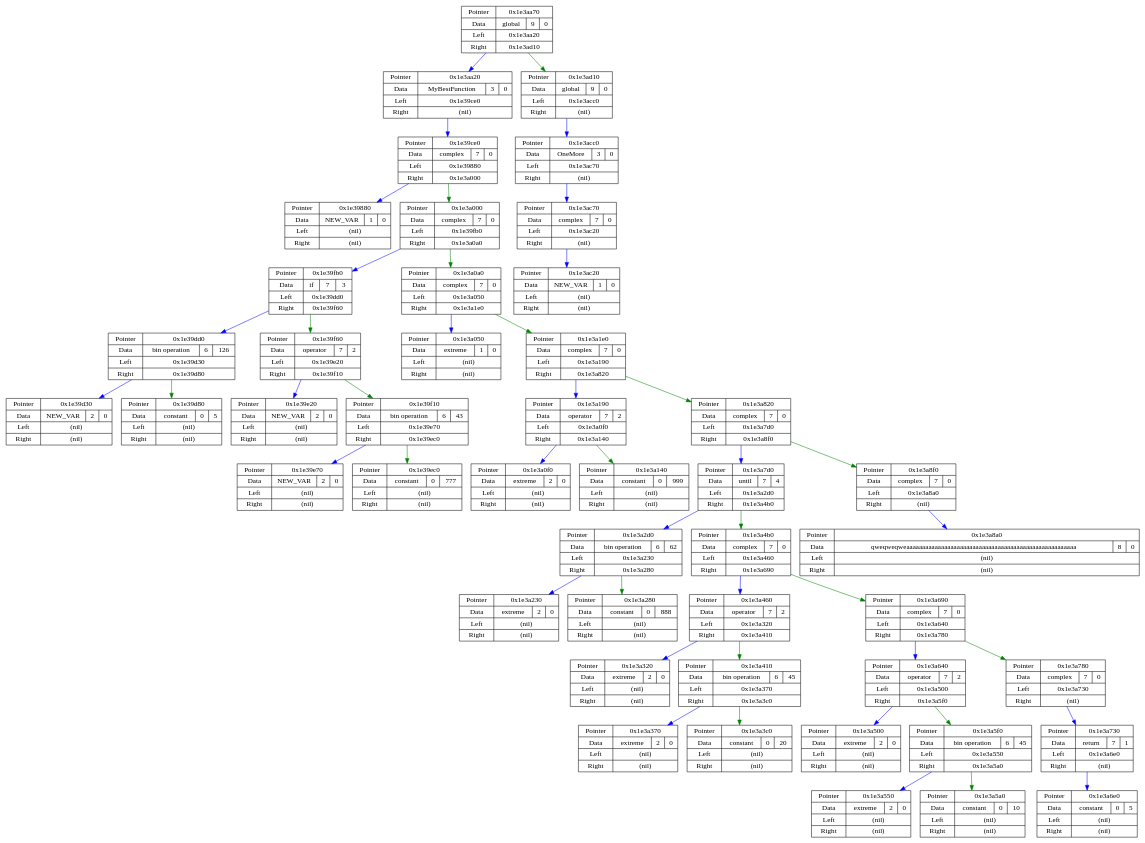
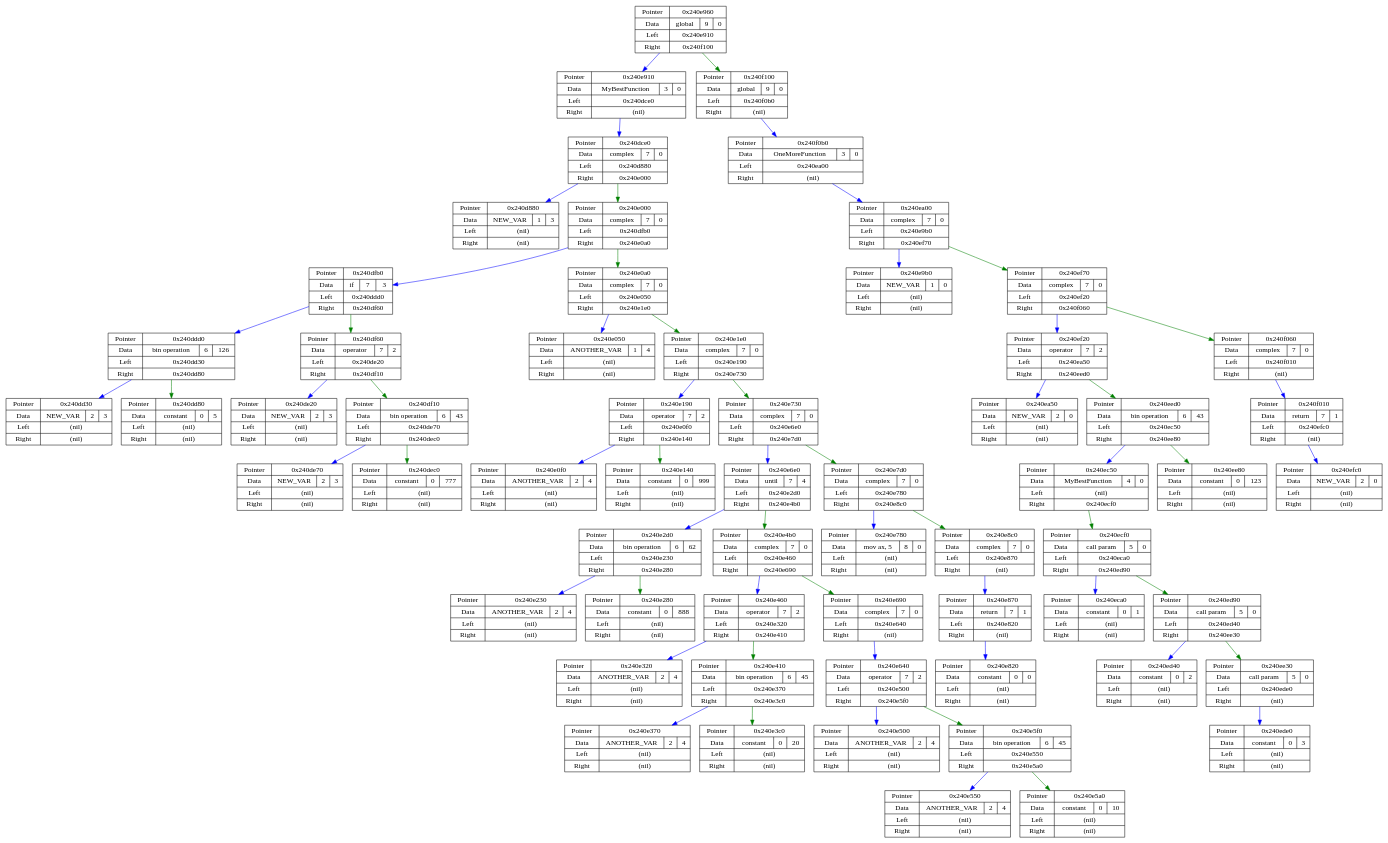
Before and after one commit to E3798211/JIT: the diagram in Junk/dotdata.dot, drawn with Graphviz. The commit also changed 3 other files, not shown here.

```diff
--- a/Junk/dotdata.dot
+++ b/Junk/dotdata.dot
@@ -1,94 +1,124 @@
 digraph G {
 node[shape = record];
-31697520  [label = "{ Pointer | Data | Left | Right }  | { 0x1e3aa70 | { global | 9 | 0 } | 0x1e3aa20 | 0x1e3ad10 }"];
-31697440  [label = "{ Pointer | Data | Left | Right }  | { 0x1e3aa20 | { MyBestFunction | 3 | 0 } | 0x1e39ce0 | (nil) }"];
-31694048  [label = "{ Pointer | Data | Left | Right }  | { 0x1e39ce0 | { complex | 7 | 0 } | 0x1e39880 | 0x1e3a000 }"];
-31692928  [label = "{ Pointer | Data | Left | Right }  | { 0x1e39880 | { NEW_VAR | 1 | 0 } | (nil) | (nil) }"];
-31694848  [label = "{ Pointer | Data | Left | Right }  | { 0x1e3a000 | { complex | 7 | 0 } | 0x1e39fb0 | 0x1e3a0a0 }"];
-31694768  [label = "{ Pointer | Data | Left | Right }  | { 0x1e39fb0 | { if | 7 | 3 } | 0x1e39dd0 | 0x1e39f60 }"];
-31694288  [label = "{ Pointer | Data | Left | Right }  | { 0x1e39dd0 | { bin operation | 6 | 126 } | 0x1e39d30 | 0x1e39d80 }"];
-31694128  [label = "{ Pointer | Data | Left | Right }  | { 0x1e39d30 | { NEW_VAR | 2 | 0 } | (nil) | (nil) }"];
-31694208  [label = "{ Pointer | Data | Left | Right }  | { 0x1e39d80 | { constant | 0 | 5 } | (nil) | (nil) }"];
-31694688  [label = "{ Pointer | Data | Left | Right }  | { 0x1e39f60 | { operator | 7 | 2 } | 0x1e39e20 | 0x1e39f10 }"];
-31694368  [label = "{ Pointer | Data | Left | Right }  | { 0x1e39e20 | { NEW_VAR | 2 | 0 } | (nil) | (nil) }"];
-31694608  [label = "{ Pointer | Data | Left | Right }  | { 0x1e39f10 | { bin operation | 6 | 43 } | 0x1e39e70 | 0x1e39ec0 }"];
-31694448  [label = "{ Pointer | Data | Left | Right }  | { 0x1e39e70 | { NEW_VAR | 2 | 0 } | (nil) | (nil) }"];
-31694528  [label = "{ Pointer | Data | Left | Right }  | { 0x1e39ec0 | { constant | 0 | 777 } | (nil) | (nil) }"];
-31695008  [label = "{ Pointer | Data | Left | Right }  | { 0x1e3a0a0 | { complex | 7 | 0 } | 0x1e3a050 | 0x1e3a1e0 }"];
-31694928  [label = "{ Pointer | Data | Left | Right }  | { 0x1e3a050 | { extreme | 1 | 0 } | (nil) | (nil) }"];
-31695328  [label = "{ Pointer | Data | Left | Right }  | { 0x1e3a1e0 | { complex | 7 | 0 } | 0x1e3a190 | 0x1e3a820 }"];
-31695248  [label = "{ Pointer | Data | Left | Right }  | { 0x1e3a190 | { operator | 7 | 2 } | 0x1e3a0f0 | 0x1e3a140 }"];
-31695088  [label = "{ Pointer | Data | Left | Right }  | { 0x1e3a0f0 | { extreme | 2 | 0 } | (nil) | (nil) }"];
-31695168  [label = "{ Pointer | Data | Left | Right }  | { 0x1e3a140 | { constant | 0 | 999 } | (nil) | (nil) }"];
-31696928  [label = "{ Pointer | Data | Left | Right }  | { 0x1e3a820 | { complex | 7 | 0 } | 0x1e3a7d0 | 0x1e3a8f0 }"];
-31696848  [label = "{ Pointer | Data | Left | Right }  | { 0x1e3a7d0 | { until | 7 | 4 } | 0x1e3a2d0 | 0x1e3a4b0 }"];
-31695568  [label = "{ Pointer | Data | Left | Right }  | { 0x1e3a2d0 | { bin operation | 6 | 62 } | 0x1e3a230 | 0x1e3a280 }"];
-31695408  [label = "{ Pointer | Data | Left | Right }  | { 0x1e3a230 | { extreme | 2 | 0 } | (nil) | (nil) }"];
-31695488  [label = "{ Pointer | Data | Left | Right }  | { 0x1e3a280 | { constant | 0 | 888 } | (nil) | (nil) }"];
-31696048  [label = "{ Pointer | Data | Left | Right }  | { 0x1e3a4b0 | { complex | 7 | 0 } | 0x1e3a460 | 0x1e3a690 }"];
-31695968  [label = "{ Pointer | Data | Left | Right }  | { 0x1e3a460 | { operator | 7 | 2 } | 0x1e3a320 | 0x1e3a410 }"];
-31695648  [label = "{ Pointer | Data | Left | Right }  | { 0x1e3a320 | { extreme | 2 | 0 } | (nil) | (nil) }"];
-31695888  [label = "{ Pointer | Data | Left | Right }  | { 0x1e3a410 | { bin operation | 6 | 45 } | 0x1e3a370 | 0x1e3a3c0 }"];
-31695728  [label = "{ Pointer | Data | Left | Right }  | { 0x1e3a370 | { extreme | 2 | 0 } | (nil) | (nil) }"];
-31695808  [label = "{ Pointer | Data | Left | Right }  | { 0x1e3a3c0 | { constant | 0 | 20 } | (nil) | (nil) }"];
-31696528  [label = "{ Pointer | Data | Left | Right }  | { 0x1e3a690 | { complex | 7 | 0 } | 0x1e3a640 | 0x1e3a780 }"];
-31696448  [label = "{ Pointer | Data | Left | Right }  | { 0x1e3a640 | { operator | 7 | 2 } | 0x1e3a500 | 0x1e3a5f0 }"];
-31696128  [label = "{ Pointer | Data | Left | Right }  | { 0x1e3a500 | { extreme | 2 | 0 } | (nil) | (nil) }"];
-31696368  [label = "{ Pointer | Data | Left | Right }  | { 0x1e3a5f0 | { bin operation | 6 | 45 } | 0x1e3a550 | 0x1e3a5a0 }"];
-31696208  [label = "{ Pointer | Data | Left | Right }  | { 0x1e3a550 | { extreme | 2 | 0 } | (nil) | (nil) }"];
-31696288  [label = "{ Pointer | Data | Left | Right }  | { 0x1e3a5a0 | { constant | 0 | 10 } | (nil) | (nil) }"];
-31696768  [label = "{ Pointer | Data | Left | Right }  | { 0x1e3a780 | { complex | 7 | 0 } | 0x1e3a730 | (nil) }"];
-31696688  [label = "{ Pointer | Data | Left | Right }  | { 0x1e3a730 | { return | 7 | 1 } | 0x1e3a6e0 | (nil) }"];
-31696608  [label = "{ Pointer | Data | Left | Right }  | { 0x1e3a6e0 | { constant | 0 | 5 } | (nil) | (nil) }"];
-31697136  [label = "{ Pointer | Data | Left | Right }  | { 0x1e3a8f0 | { complex | 7 | 0 } | 0x1e3a8a0 | (nil) }"];
-31697056  [label = "{ Pointer | Data | Left | Right }  | { 0x1e3a8a0 | { qweqweqweaaaaaaaaaaaaaaaaaaaaaaaaaaaaaaaaaaaaaaaaaaaaaaaaaaaaaa | 8 | 0 } | (nil) | (nil) }"];
-31698192  [label = "{ Pointer | Data | Left | Right }  | { 0x1e3ad10 | { global | 9 | 0 } | 0x1e3acc0 | (nil) }"];
-31698112  [label = "{ Pointer | Data | Left | Right }  | { 0x1e3acc0 | { OneMore | 3 | 0 } | 0x1e3ac70 | (nil) }"];
-31698032  [label = "{ Pointer | Data | Left | Right }  | { 0x1e3ac70 | { complex | 7 | 0 } | 0x1e3ac20 | (nil) }"];
-31697952  [label = "{ Pointer | Data | Left | Right }  | { 0x1e3ac20 | { NEW_VAR | 1 | 0 } | (nil) | (nil) }"];
-31697520 -> 31697440 [color = blue];
-31697520 -> 31698192 [color = green];
-31697440 -> 31694048 [color = blue];
-31694048 -> 31692928 [color = blue];
-31694048 -> 31694848 [color = green];
-31694848 -> 31694768 [color = blue];
-31694848 -> 31695008 [color = green];
-31694768 -> 31694288 [color = blue];
-31694768 -> 31694688 [color = green];
-31694288 -> 31694128 [color = blue];
-31694288 -> 31694208 [color = green];
-31694688 -> 31694368 [color = blue];
-31694688 -> 31694608 [color = green];
-31694608 -> 31694448 [color = blue];
-31694608 -> 31694528 [color = green];
-31695008 -> 31694928 [color = blue];
-31695008 -> 31695328 [color = green];
-31695328 -> 31695248 [color = blue];
-31695328 -> 31696928 [color = green];
-31695248 -> 31695088 [color = blue];
-31695248 -> 31695168 [color = green];
-31696928 -> 31696848 [color = blue];
-31696928 -> 31697136 [color = green];
-31696848 -> 31695568 [color = blue];
-31696848 -> 31696048 [color = green];
-31695568 -> 31695408 [color = blue];
-31695568 -> 31695488 [color = green];
-31696048 -> 31695968 [color = blue];
-31696048 -> 31696528 [color = green];
-31695968 -> 31695648 [color = blue];
-31695968 -> 31695888 [color = green];
-31695888 -> 31695728 [color = blue];
-31695888 -> 31695808 [color = green];
-31696528 -> 31696448 [color = blue];
-31696528 -> 31696768 [color = green];
-31696448 -> 31696128 [color = blue];
-31696448 -> 31696368 [color = green];
-31696368 -> 31696208 [color = blue];
-31696368 -> 31696288 [color = green];
-31696768 -> 31696688 [color = blue];
-31696688 -> 31696608 [color = blue];
-31697136 -> 31697056 [color = blue];
-31698192 -> 31698112 [color = blue];
-31698112 -> 31698032 [color = blue];
-31698032 -> 31697952 [color = blue];
+37808480  [label = "{ Pointer | Data | Left | Right }  | { 0x240e960 | { global | 9 | 0 } | 0x240e910 | 0x240f100 }"];
+37808400  [label = "{ Pointer | Data | Left | Right }  | { 0x240e910 | { MyBestFunction | 3 | 0 } | 0x240dce0 | (nil) }"];
+37805280  [label = "{ Pointer | Data | Left | Right }  | { 0x240dce0 | { complex | 7 | 0 } | 0x240d880 | 0x240e000 }"];
+37804160  [label = "{ Pointer | Data | Left | Right }  | { 0x240d880 | { NEW_VAR | 1 | 3 } | (nil) | (nil) }"];
+37806080  [label = "{ Pointer | Data | Left | Right }  | { 0x240e000 | { complex | 7 | 0 } | 0x240dfb0 | 0x240e0a0 }"];
+37806000  [label = "{ Pointer | Data | Left | Right }  | { 0x240dfb0 | { if | 7 | 3 } | 0x240ddd0 | 0x240df60 }"];
+37805520  [label = "{ Pointer | Data | Left | Right }  | { 0x240ddd0 | { bin operation | 6 | 126 } | 0x240dd30 | 0x240dd80 }"];
+37805360  [label = "{ Pointer | Data | Left | Right }  | { 0x240dd30 | { NEW_VAR | 2 | 3 } | (nil) | (nil) }"];
+37805440  [label = "{ Pointer | Data | Left | Right }  | { 0x240dd80 | { constant | 0 | 5 } | (nil) | (nil) }"];
+37805920  [label = "{ Pointer | Data | Left | Right }  | { 0x240df60 | { operator | 7 | 2 } | 0x240de20 | 0x240df10 }"];
+37805600  [label = "{ Pointer | Data | Left | Right }  | { 0x240de20 | { NEW_VAR | 2 | 3 } | (nil) | (nil) }"];
+37805840  [label = "{ Pointer | Data | Left | Right }  | { 0x240df10 | { bin operation | 6 | 43 } | 0x240de70 | 0x240dec0 }"];
+37805680  [label = "{ Pointer | Data | Left | Right }  | { 0x240de70 | { NEW_VAR | 2 | 3 } | (nil) | (nil) }"];
+37805760  [label = "{ Pointer | Data | Left | Right }  | { 0x240dec0 | { constant | 0 | 777 } | (nil) | (nil) }"];
+37806240  [label = "{ Pointer | Data | Left | Right }  | { 0x240e0a0 | { complex | 7 | 0 } | 0x240e050 | 0x240e1e0 }"];
+37806160  [label = "{ Pointer | Data | Left | Right }  | { 0x240e050 | { ANOTHER_VAR | 1 | 4 } | (nil) | (nil) }"];
+37806560  [label = "{ Pointer | Data | Left | Right }  | { 0x240e1e0 | { complex | 7 | 0 } | 0x240e190 | 0x240e730 }"];
+37806480  [label = "{ Pointer | Data | Left | Right }  | { 0x240e190 | { operator | 7 | 2 } | 0x240e0f0 | 0x240e140 }"];
+37806320  [label = "{ Pointer | Data | Left | Right }  | { 0x240e0f0 | { ANOTHER_VAR | 2 | 4 } | (nil) | (nil) }"];
+37806400  [label = "{ Pointer | Data | Left | Right }  | { 0x240e140 | { constant | 0 | 999 } | (nil) | (nil) }"];
+37807920  [label = "{ Pointer | Data | Left | Right }  | { 0x240e730 | { complex | 7 | 0 } | 0x240e6e0 | 0x240e7d0 }"];
+37807840  [label = "{ Pointer | Data | Left | Right }  | { 0x240e6e0 | { until | 7 | 4 } | 0x240e2d0 | 0x240e4b0 }"];
+37806800  [label = "{ Pointer | Data | Left | Right }  | { 0x240e2d0 | { bin operation | 6 | 62 } | 0x240e230 | 0x240e280 }"];
+37806640  [label = "{ Pointer | Data | Left | Right }  | { 0x240e230 | { ANOTHER_VAR | 2 | 4 } | (nil) | (nil) }"];
+37806720  [label = "{ Pointer | Data | Left | Right }  | { 0x240e280 | { constant | 0 | 888 } | (nil) | (nil) }"];
+37807280  [label = "{ Pointer | Data | Left | Right }  | { 0x240e4b0 | { complex | 7 | 0 } | 0x240e460 | 0x240e690 }"];
+37807200  [label = "{ Pointer | Data | Left | Right }  | { 0x240e460 | { operator | 7 | 2 } | 0x240e320 | 0x240e410 }"];
+37806880  [label = "{ Pointer | Data | Left | Right }  | { 0x240e320 | { ANOTHER_VAR | 2 | 4 } | (nil) | (nil) }"];
+37807120  [label = "{ Pointer | Data | Left | Right }  | { 0x240e410 | { bin operation | 6 | 45 } | 0x240e370 | 0x240e3c0 }"];
+37806960  [label = "{ Pointer | Data | Left | Right }  | { 0x240e370 | { ANOTHER_VAR | 2 | 4 } | (nil) | (nil) }"];
+37807040  [label = "{ Pointer | Data | Left | Right }  | { 0x240e3c0 | { constant | 0 | 20 } | (nil) | (nil) }"];
+37807760  [label = "{ Pointer | Data | Left | Right }  | { 0x240e690 | { complex | 7 | 0 } | 0x240e640 | (nil) }"];
+37807680  [label = "{ Pointer | Data | Left | Right }  | { 0x240e640 | { operator | 7 | 2 } | 0x240e500 | 0x240e5f0 }"];
+37807360  [label = "{ Pointer | Data | Left | Right }  | { 0x240e500 | { ANOTHER_VAR | 2 | 4 } | (nil) | (nil) }"];
+37807600  [label = "{ Pointer | Data | Left | Right }  | { 0x240e5f0 | { bin operation | 6 | 45 } | 0x240e550 | 0x240e5a0 }"];
+37807440  [label = "{ Pointer | Data | Left | Right }  | { 0x240e550 | { ANOTHER_VAR | 2 | 4 } | (nil) | (nil) }"];
+37807520  [label = "{ Pointer | Data | Left | Right }  | { 0x240e5a0 | { constant | 0 | 10 } | (nil) | (nil) }"];
+37808080  [label = "{ Pointer | Data | Left | Right }  | { 0x240e7d0 | { complex | 7 | 0 } | 0x240e780 | 0x240e8c0 }"];
+37808000  [label = "{ Pointer | Data | Left | Right }  | { 0x240e780 | { mov ax, 5 | 8 | 0 } | (nil) | (nil) }"];
+37808320  [label = "{ Pointer | Data | Left | Right }  | { 0x240e8c0 | { complex | 7 | 0 } | 0x240e870 | (nil) }"];
+37808240  [label = "{ Pointer | Data | Left | Right }  | { 0x240e870 | { return | 7 | 1 } | 0x240e820 | (nil) }"];
+37808160  [label = "{ Pointer | Data | Left | Right }  | { 0x240e820 | { constant | 0 | 0 } | (nil) | (nil) }"];
+37810432  [label = "{ Pointer | Data | Left | Right }  | { 0x240f100 | { global | 9 | 0 } | 0x240f0b0 | (nil) }"];
+37810352  [label = "{ Pointer | Data | Left | Right }  | { 0x240f0b0 | { OneMoreFunction | 3 | 0 } | 0x240ea00 | (nil) }"];
+37808640  [label = "{ Pointer | Data | Left | Right }  | { 0x240ea00 | { complex | 7 | 0 } | 0x240e9b0 | 0x240ef70 }"];
+37808560  [label = "{ Pointer | Data | Left | Right }  | { 0x240e9b0 | { NEW_VAR | 1 | 0 } | (nil) | (nil) }"];
+37810032  [label = "{ Pointer | Data | Left | Right }  | { 0x240ef70 | { complex | 7 | 0 } | 0x240ef20 | 0x240f060 }"];
+37809952  [label = "{ Pointer | Data | Left | Right }  | { 0x240ef20 | { operator | 7 | 2 } | 0x240ea50 | 0x240eed0 }"];
+37808720  [label = "{ Pointer | Data | Left | Right }  | { 0x240ea50 | { NEW_VAR | 2 | 0 } | (nil) | (nil) }"];
+37809872  [label = "{ Pointer | Data | Left | Right }  | { 0x240eed0 | { bin operation | 6 | 43 } | 0x240ec50 | 0x240ee80 }"];
+37809232  [label = "{ Pointer | Data | Left | Right }  | { 0x240ec50 | { MyBestFunction | 4 | 0 } | (nil) | 0x240ecf0 }"];
+37809392  [label = "{ Pointer | Data | Left | Right }  | { 0x240ecf0 | { call param | 5 | 0 } | 0x240eca0 | 0x240ed90 }"];
+37809312  [label = "{ Pointer | Data | Left | Right }  | { 0x240eca0 | { constant | 0 | 1 } | (nil) | (nil) }"];
+37809552  [label = "{ Pointer | Data | Left | Right }  | { 0x240ed90 | { call param | 5 | 0 } | 0x240ed40 | 0x240ee30 }"];
+37809472  [label = "{ Pointer | Data | Left | Right }  | { 0x240ed40 | { constant | 0 | 2 } | (nil) | (nil) }"];
+37809712  [label = "{ Pointer | Data | Left | Right }  | { 0x240ee30 | { call param | 5 | 0 } | 0x240ede0 | (nil) }"];
+37809632  [label = "{ Pointer | Data | Left | Right }  | { 0x240ede0 | { constant | 0 | 3 } | (nil) | (nil) }"];
+37809792  [label = "{ Pointer | Data | Left | Right }  | { 0x240ee80 | { constant | 0 | 123 } | (nil) | (nil) }"];
+37810272  [label = "{ Pointer | Data | Left | Right }  | { 0x240f060 | { complex | 7 | 0 } | 0x240f010 | (nil) }"];
+37810192  [label = "{ Pointer | Data | Left | Right }  | { 0x240f010 | { return | 7 | 1 } | 0x240efc0 | (nil) }"];
+37810112  [label = "{ Pointer | Data | Left | Right }  | { 0x240efc0 | { NEW_VAR | 2 | 0 } | (nil) | (nil) }"];
+37808480 -> 37808400 [color = blue];
+37808480 -> 37810432 [color = green];
+37808400 -> 37805280 [color = blue];
+37805280 -> 37804160 [color = blue];
+37805280 -> 37806080 [color = green];
+37806080 -> 37806000 [color = blue];
+37806080 -> 37806240 [color = green];
+37806000 -> 37805520 [color = blue];
+37806000 -> 37805920 [color = green];
+37805520 -> 37805360 [color = blue];
+37805520 -> 37805440 [color = green];
+37805920 -> 37805600 [color = blue];
+37805920 -> 37805840 [color = green];
+37805840 -> 37805680 [color = blue];
+37805840 -> 37805760 [color = green];
+37806240 -> 37806160 [color = blue];
+37806240 -> 37806560 [color = green];
+37806560 -> 37806480 [color = blue];
+37806560 -> 37807920 [color = green];
+37806480 -> 37806320 [color = blue];
+37806480 -> 37806400 [color = green];
+37807920 -> 37807840 [color = blue];
+37807920 -> 37808080 [color = green];
+37807840 -> 37806800 [color = blue];
+37807840 -> 37807280 [color = green];
+37806800 -> 37806640 [color = blue];
+37806800 -> 37806720 [color = green];
+37807280 -> 37807200 [color = blue];
+37807280 -> 37807760 [color = green];
+37807200 -> 37806880 [color = blue];
+37807200 -> 37807120 [color = green];
+37807120 -> 37806960 [color = blue];
+37807120 -> 37807040 [color = green];
+37807760 -> 37807680 [color = blue];
+37807680 -> 37807360 [color = blue];
+37807680 -> 37807600 [color = green];
+37807600 -> 37807440 [color = blue];
+37807600 -> 37807520 [color = green];
+37808080 -> 37808000 [color = blue];
+37808080 -> 37808320 [color = green];
+37808320 -> 37808240 [color = blue];
+37808240 -> 37808160 [color = blue];
+37810432 -> 37810352 [color = blue];
+37810352 -> 37808640 [color = blue];
+37808640 -> 37808560 [color = blue];
+37808640 -> 37810032 [color = green];
+37810032 -> 37809952 [color = blue];
+37810032 -> 37810272 [color = green];
+37809952 -> 37808720 [color = blue];
+37809952 -> 37809872 [color = green];
+37809872 -> 37809232 [color = blue];
+37809872 -> 37809792 [color = green];
+37809232 -> 37809392 [color = green];
+37809392 -> 37809312 [color = blue];
+37809392 -> 37809552 [color = green];
+37809552 -> 37809472 [color = blue];
+37809552 -> 37809712 [color = green];
+37809712 -> 37809632 [color = blue];
+37810272 -> 37810192 [color = blue];
+37810192 -> 37810112 [color = blue];
 }
```
